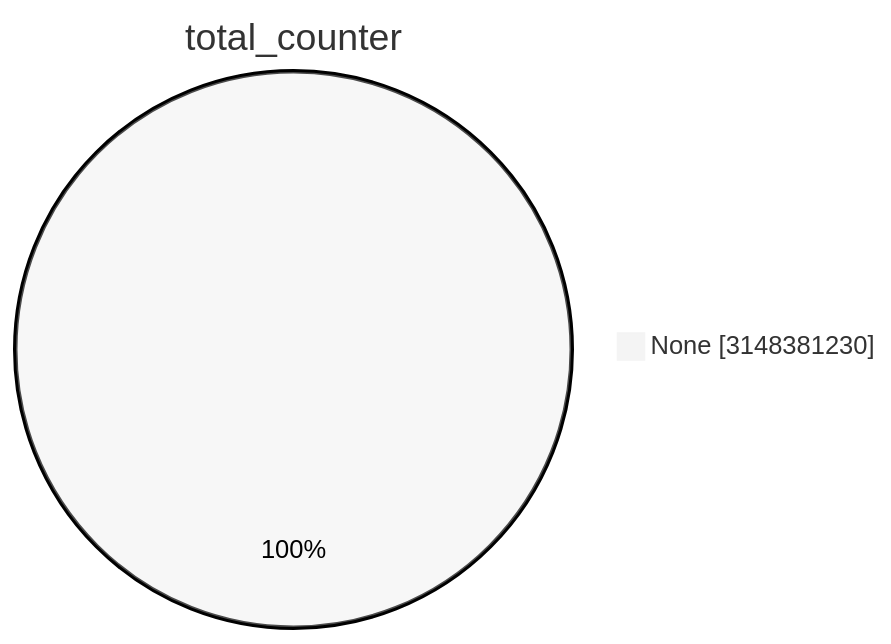
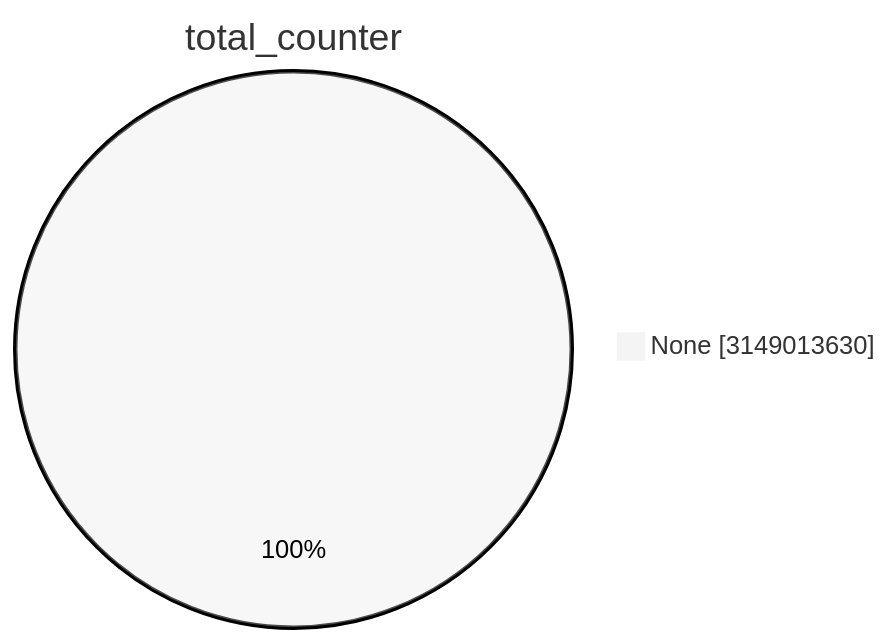
Before and after one commit to christiankrug/ctmonitor_visualization: the first of 15 diagrams in TOTAL/README.md, drawn with Mermaid (neutral theme). The commit also changed other lines of this file, not shown here.

````diff
--- a/TOTAL/README.md
+++ b/TOTAL/README.md
@@ -1,5 +1,5 @@
 ```mermaid
 pie showData
 title total_counter
-"None" :3148381230
+"None" :3149013630
 ```
````
